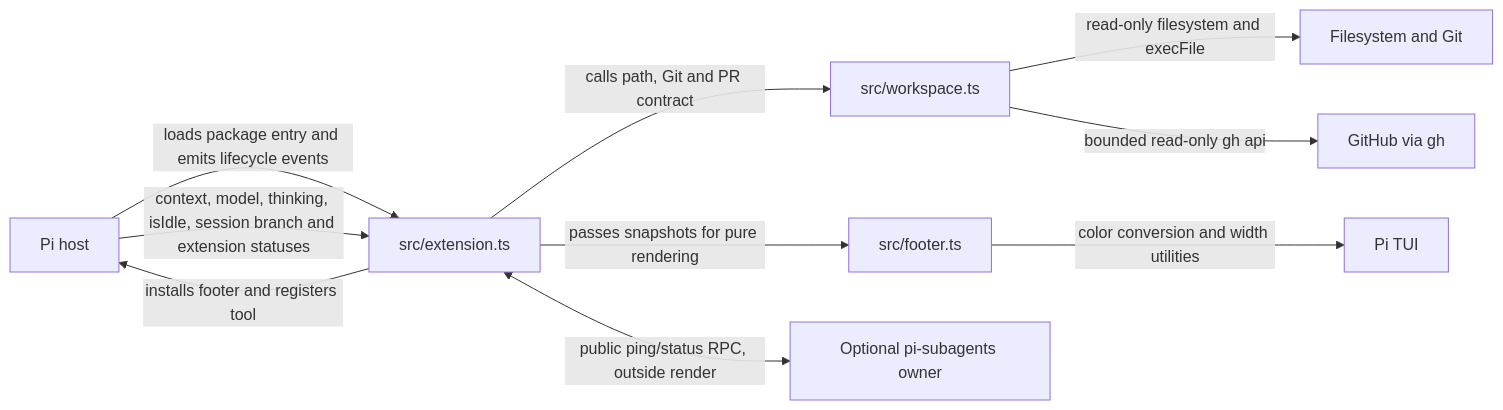
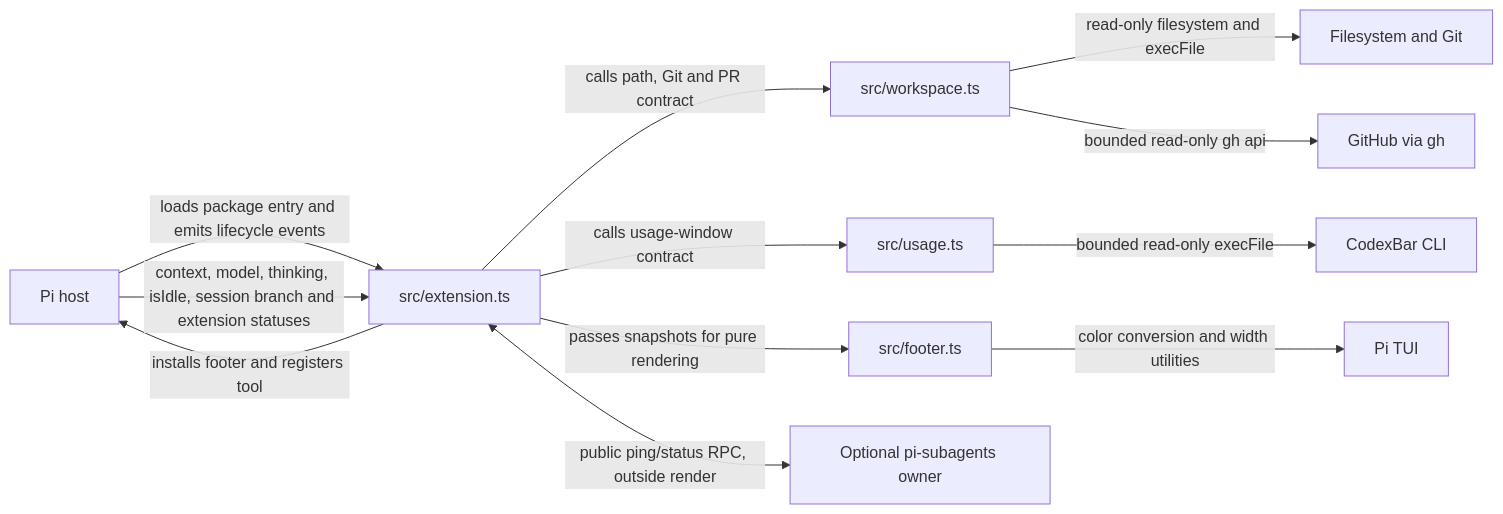
The first of 2 diagrams in pi/status-bar/docs/architecture.md (jigenator/industrial-os), drawn with Mermaid before and after one commit. The commit also changed other lines of this file and 12 other files, not shown here.

First line of the commit message:
feat: show CodexBar usage limits in a USG row

````diff
--- a/pi/status-bar/docs/architecture.md
+++ b/pi/status-bar/docs/architecture.md
@@ -8,12 +8,14 @@
 ```mermaid
 flowchart LR
   Host[Pi host] -->|loads package entry and emits lifecycle events| Extension[src/extension.ts]
   Extension -->|calls path, Git and PR contract| Workspace[src/workspace.ts]
+  Extension -->|calls usage-window contract| Usage[src/usage.ts]
   Extension -->|passes snapshots for pure rendering| Footer[src/footer.ts]
   Host -->|context, model, thinking, isIdle, session branch and extension statuses| Extension
   Extension <-->|public ping/status RPC, outside render| Fleet[Optional pi-subagents owner]
   Workspace -->|read-only filesystem and execFile| Local[Filesystem and Git]
   Workspace -->|bounded read-only gh api| GitHub[GitHub via gh]
+  Usage -->|bounded read-only execFile| CodexBar[CodexBar CLI]
   Footer -->|color conversion and width utilities| TUI[Pi TUI]
   Extension -->|installs footer and registers tool| Host
 ```
````
